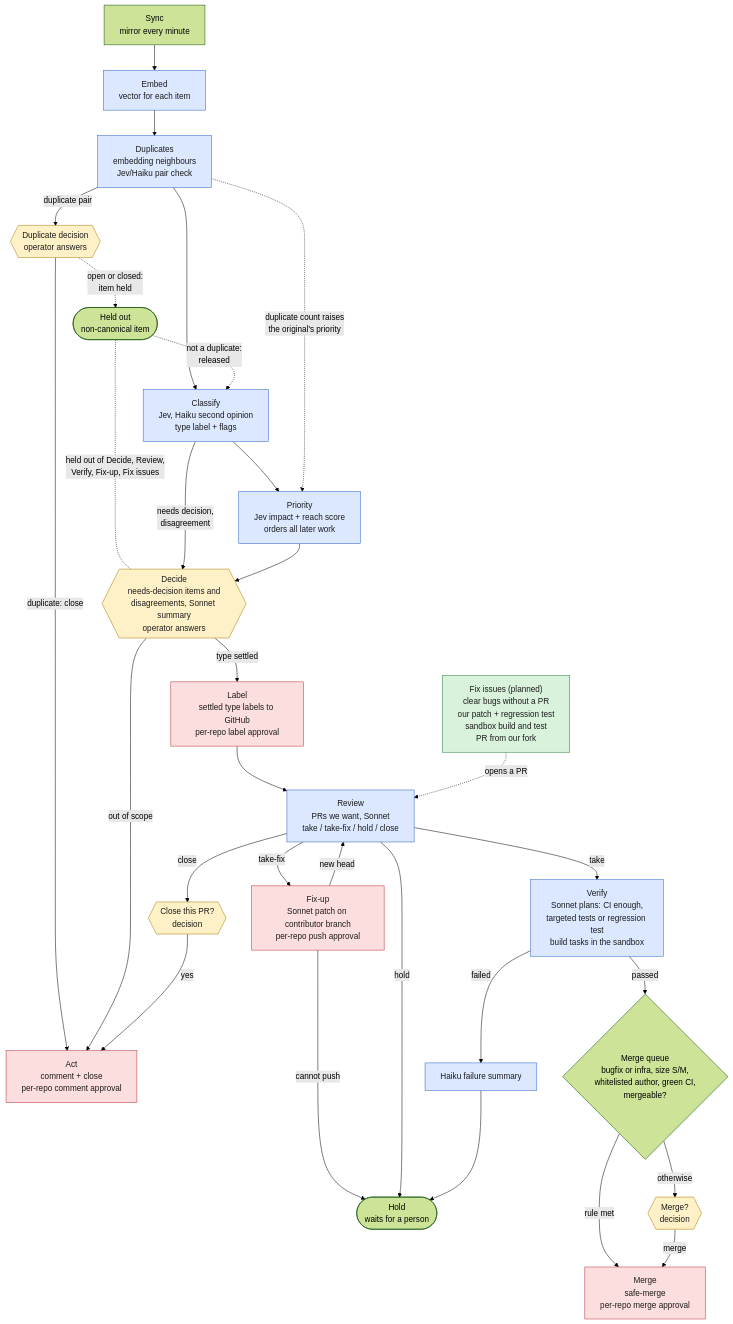
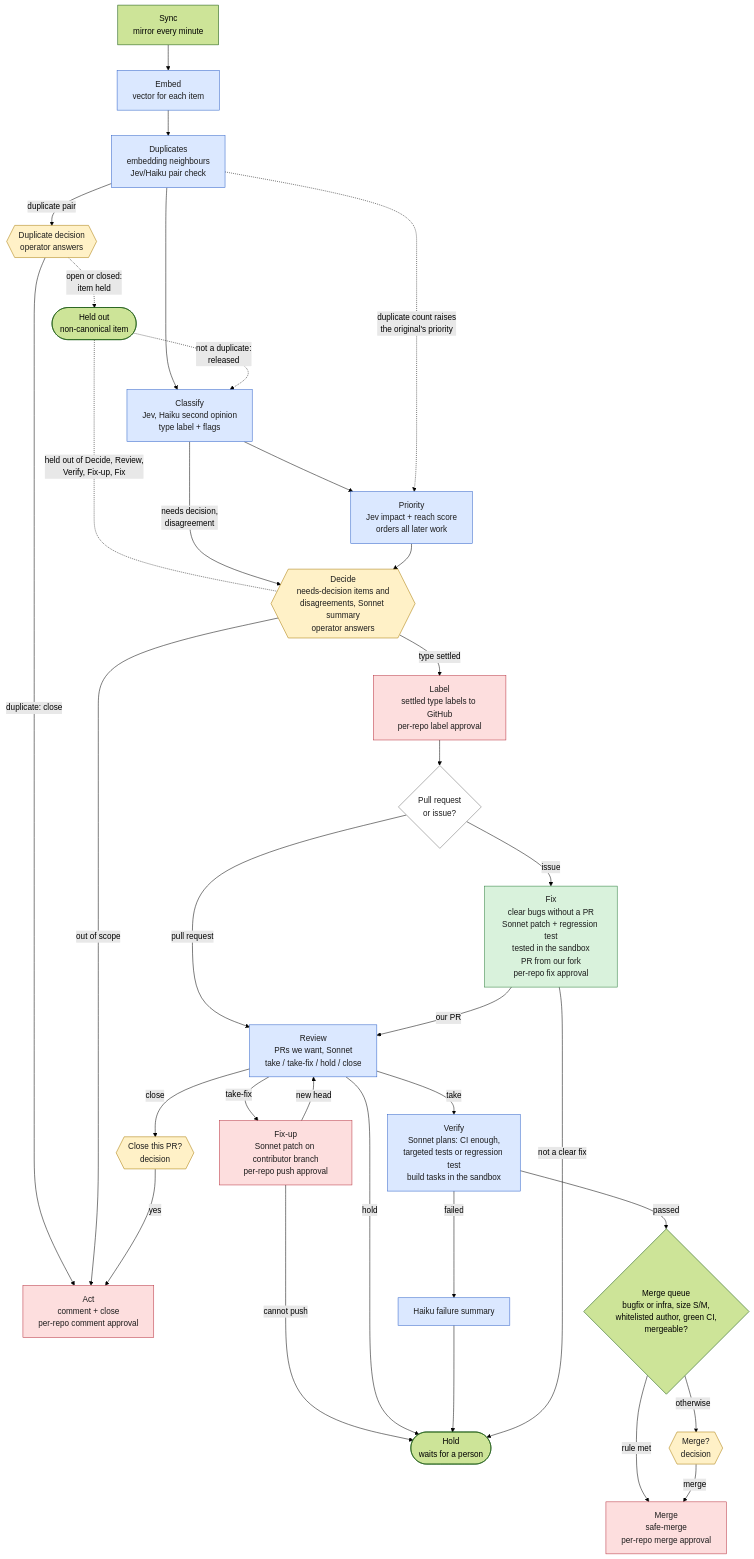
Before and after one commit to IUCLabs/autocraft: the diagram in docs/pipeline.md, drawn with Mermaid (forest theme). The commit also changed other lines of this file, not shown here.

Commit message:
How it works: issues take the Fix path inside the main flow

````diff
--- a/docs/pipeline.md
+++ b/docs/pipeline.md
@@ -9,58 +9,64 @@
 ```mermaid
 flowchart TD
   sync["Sync<br/>mirror every minute"]
   embed["Embed<br/>vector for each item"]
   classify["Classify<br/>Jev, Haiku second opinion<br/>type label + flags"]
   priority["Priority<br/>Jev impact + reach score<br/>orders all later work"]
   dups["Duplicates<br/>embedding neighbours<br/>Jev/Haiku pair check"]
   dupdec{{"Duplicate decision<br/>operator answers"}}
   dupheld(["Held out<br/>non-canonical item"])
   decide{{"Decide<br/>needs-decision items and<br/>disagreements, Sonnet summary<br/>operator answers"}}
   label["Label<br/>settled type labels to GitHub<br/>per-repo label approval"]
   review["Review<br/>PRs we want, Sonnet<br/>take / take-fix / hold / close"]
   fixup["Fix-up<br/>Sonnet patch on contributor branch<br/>per-repo push approval"]
   closeq{{"Close this PR?<br/>decision"}}
   act["Act<br/>comment + close<br/>per-repo comment approval"]
   verify["Verify<br/>Sonnet plans: CI enough,<br/>targeted tests or regression test<br/>build tasks in the sandbox"]
   vfail["Haiku failure summary"]
   hold(["Hold<br/>waits for a person"])
   queue{"Merge queue<br/>bugfix or infra, size S/M,<br/>whitelisted author, green CI,<br/>mergeable?"}
   mergeq{{"Merge?<br/>decision"}}
   merge["Merge<br/>safe-merge<br/>per-repo merge approval"]
-  fixiss["Fix issues (planned)<br/>clear bugs without a PR<br/>our patch + regression test<br/>sandbox build and test<br/>PR from our fork"]
+  kind{"Pull request<br/>or issue?"}
+  fixiss["Fix<br/>clear bugs without a PR<br/>Sonnet patch + regression test<br/>tested in the sandbox<br/>PR from our fork<br/>per-repo fix approval"]
 
   sync --> embed --> dups --> classify --> priority
   dups -- "duplicate pair" --> dupdec
   dupdec -- "duplicate: close" --> act
   dupdec -. "open or closed:<br/>item held" .-> dupheld
   dupheld -. "not a duplicate:<br/>released" .-> classify
-  dupheld -. "held out of Decide, Review,<br/>Verify, Fix-up, Fix issues" .- decide
+  dupheld -. "held out of Decide, Review,<br/>Verify, Fix-up, Fix" .- decide
   dups -. "duplicate count raises<br/>the original's priority" .-> priority
   classify -- "needs decision,<br/>disagreement" --> decide
   priority --> decide
   decide -- "type settled" --> label
   decide -- "out of scope" --> act
-  label --> review
+  label --> kind
+  kind -- "pull request" --> review
+  kind -- "issue" --> fixiss
   review -- "take-fix" --> fixup
   fixup -- "new head" --> review
   fixup -- "cannot push" --> hold
   review -- "hold" --> hold
   review -- "close" --> closeq
   closeq -- "yes" --> act
   review -- "take" --> verify
   verify -- "passed" --> queue
   verify -- "failed" --> vfail --> hold
   queue -- "rule met" --> merge
   queue -- "otherwise" --> mergeq
   mergeq -- "merge" --> merge
-  fixiss -. "opens a PR" .-> review
+  fixiss -- "our PR" --> review
+  fixiss -- "not a clear fix" --> hold
 
   class decide,closeq,mergeq,dupdec person
   class embed,classify,priority,dups,review,verify,vfail model
   class fixup,label,act,merge write
   class fixiss sandbox
+  class kind route
   classDef person fill:#fff1c7,stroke:#a87a00,color:#1c1c1c
   classDef model fill:#dbe8ff,stroke:#2f62c9,color:#1c1c1c
   classDef sandbox fill:#d9f2dc,stroke:#2a7d3a,color:#1c1c1c
   classDef write fill:#fddede,stroke:#b8323f,color:#1c1c1c
+  classDef route fill:#ffffff,stroke:#6b6b6b,color:#1c1c1c
 ```
````
